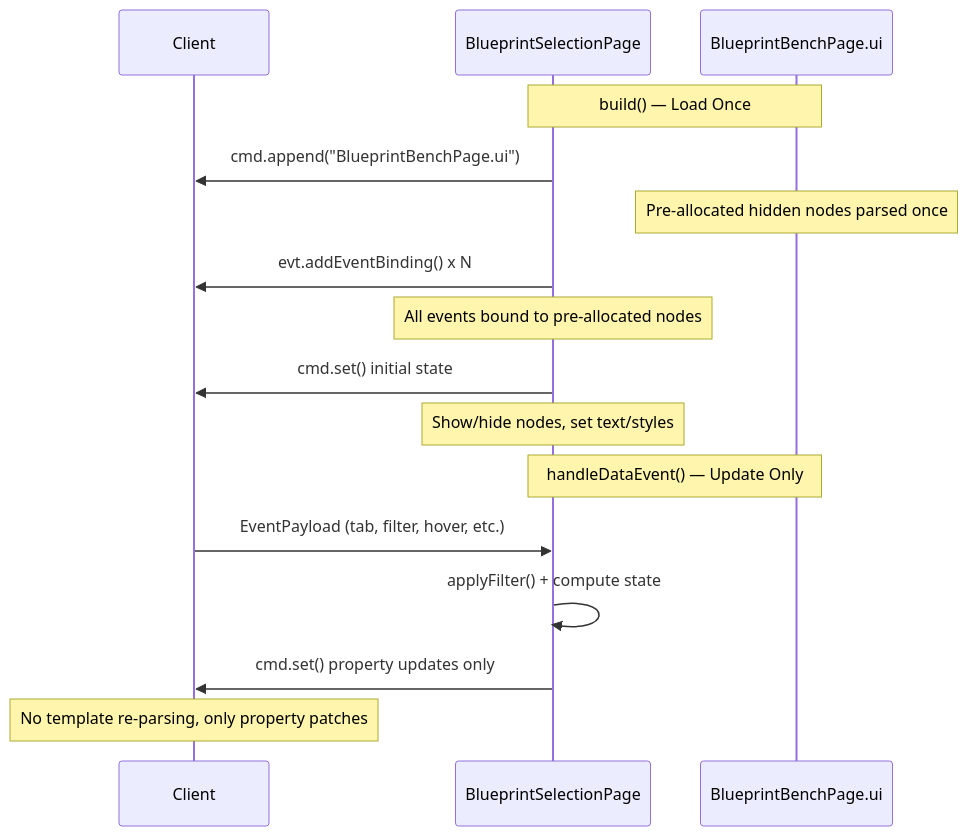
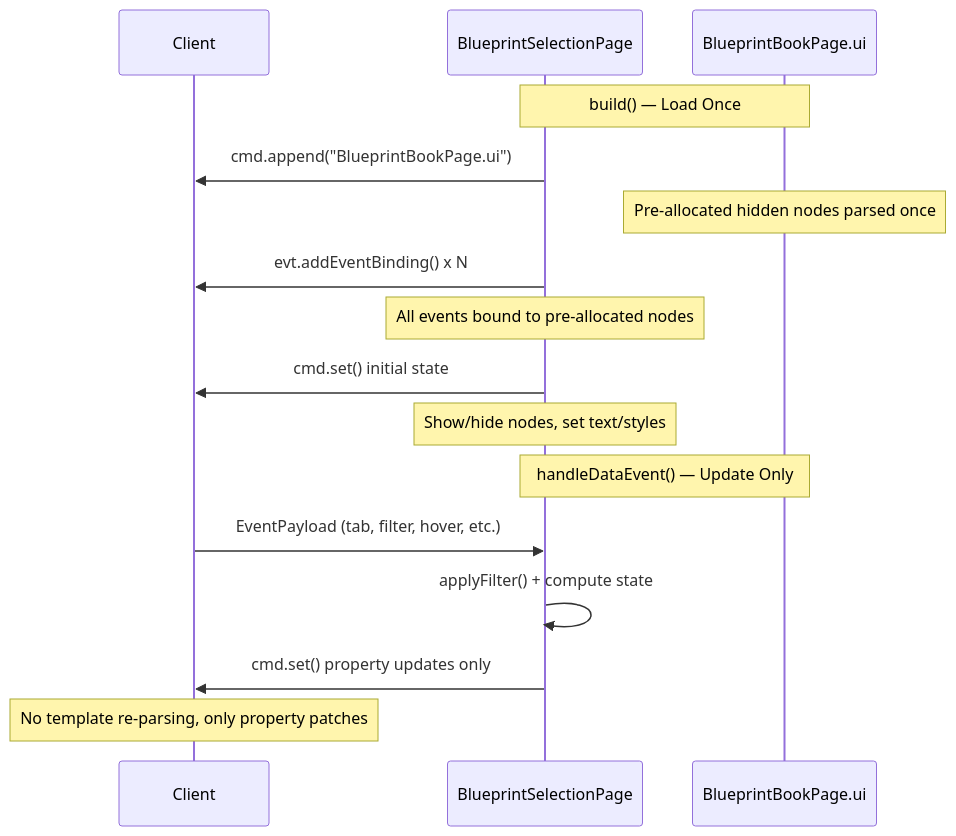
The third of 3 diagrams in docs/design-load-update-separation.md (TheCodeCreature/Hytale-Example-Plugin), drawn with Mermaid before and after one commit. The commit also changed other lines of this file and 120 other files, not shown here.

First line of the commit message:
Refactor Blueprint Bench to Blueprint Book

````diff
--- a/docs/design-load-update-separation.md
+++ b/docs/design-load-update-separation.md
@@ -77,20 +77,20 @@
 ```mermaid
 sequenceDiagram
     participant Client
     participant Server as BlueprintSelectionPage
-    participant Template as BlueprintBenchPage.ui
+    participant Template as BlueprintBookPage.ui
 
     Note over Server,Template: build() — Load Once
-    Server->>Client: cmd.append("BlueprintBenchPage.ui")
+    Server->>Client: cmd.append("BlueprintBookPage.ui")
     Note over Template: Pre-allocated hidden nodes parsed once
     Server->>Client: evt.addEventBinding() x N
     Note over Server: All events bound to pre-allocated nodes
     Server->>Client: cmd.set() initial state
     Note over Server: Show/hide nodes, set text/styles
 
     Note over Server,Template: handleDataEvent() — Update Only
     Client->>Server: EventPayload (tab, filter, hover, etc.)
     Server->>Server: applyFilter() + compute state
     Server->>Client: cmd.set() property updates only
     Note over Client: No template re-parsing, only property patches
 ```
````
